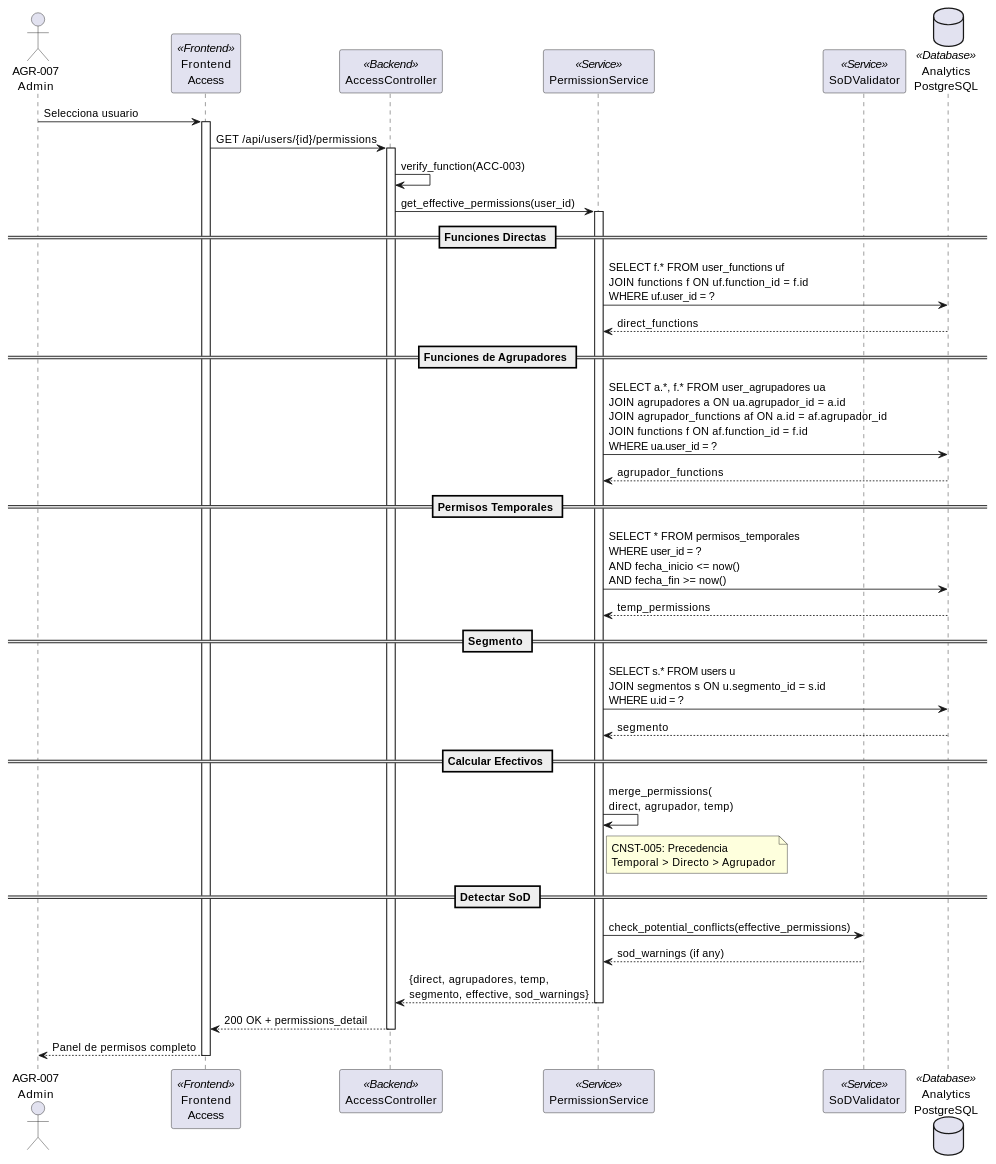
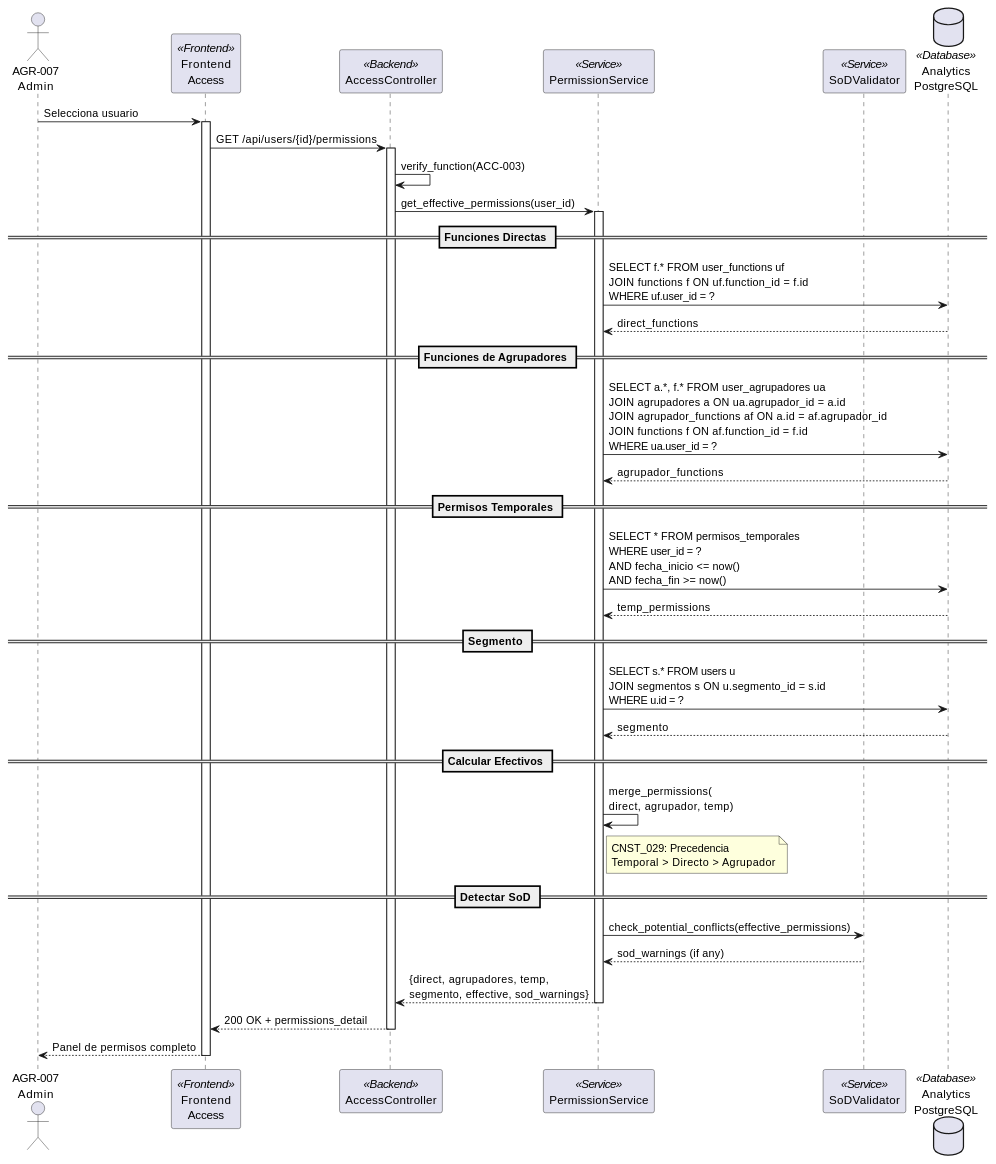
Before and after one commit to jcg-admin/IACT-docs: the second of 3 diagrams in source/requisitos/casos_uso/access/UC_ACC_03_Consultar_Permisos.rst, drawn with PlantUML. The commit also changed other lines of this file and 67 other files, not shown here.

```diff
--- a/source/requisitos/casos_uso/access/UC_ACC_03_Consultar_Permisos.rst
+++ b/source/requisitos/casos_uso/access/UC_ACC_03_Consultar_Permisos.rst
@@ -164,60 +173,60 @@
 .. uml::
    :caption: Diagrama de Secuencia - UC_ACC_03
 
    @startuml
 
    actor "AGR-007\nAdmin" as A
    participant "Frontend\nAccess" as FE <<Frontend>>
    participant "AccessController" as AC <<Backend>>
    participant "PermissionService" as PS <<Service>>
    participant "SoDValidator" as SOD <<Service>>
    database "Analytics\nPostgreSQL" as DB <<Database>>
 
    A -> FE: Selecciona usuario
    activate FE
 
    FE -> AC: GET /api/users/{id}/permissions
    activate AC
 
    AC -> AC: verify_function(ACC-003)
 
    AC -> PS: get_effective_permissions(user_id)
    activate PS
 
    == Funciones Directas ==
    PS -> DB: SELECT f.* FROM user_functions uf\nJOIN functions f ON uf.function_id = f.id\nWHERE uf.user_id = ?
    DB --> PS: direct_functions
 
    == Funciones de Agrupadores ==
    PS -> DB: SELECT a.*, f.* FROM user_agrupadores ua\nJOIN agrupadores a ON ua.agrupador_id = a.id\nJOIN agrupador_functions af ON a.id = af.agrupador_id\nJOIN functions f ON af.function_id = f.id\nWHERE ua.user_id = ?
    DB --> PS: agrupador_functions
 
    == Permisos Temporales ==
    PS -> DB: SELECT * FROM permisos_temporales\nWHERE user_id = ?\nAND fecha_inicio <= now()\nAND fecha_fin >= now()
    DB --> PS: temp_permissions
 
    == Segmento ==
    PS -> DB: SELECT s.* FROM users u\nJOIN segmentos s ON u.segmento_id = s.id\nWHERE u.id = ?
    DB --> PS: segmento
 
    == Calcular Efectivos ==
    PS -> PS: merge_permissions(\ndirect, agrupador, temp)
    note right of PS
-     CNST-005: Precedencia
+     CNST_029: Precedencia
      Temporal > Directo > Agrupador
    end note
 
    == Detectar SoD ==
    PS -> SOD: check_potential_conflicts(effective_permissions)
    SOD --> PS: sod_warnings (if any)
 
    PS --> AC: {direct, agrupadores, temp,\nsegmento, effective, sod_warnings}
    deactivate PS
 
    AC --> FE: 200 OK + permissions_detail
    deactivate AC
 
    FE --> A: Panel de permisos completo
    deactivate FE
 
    @enduml
```
